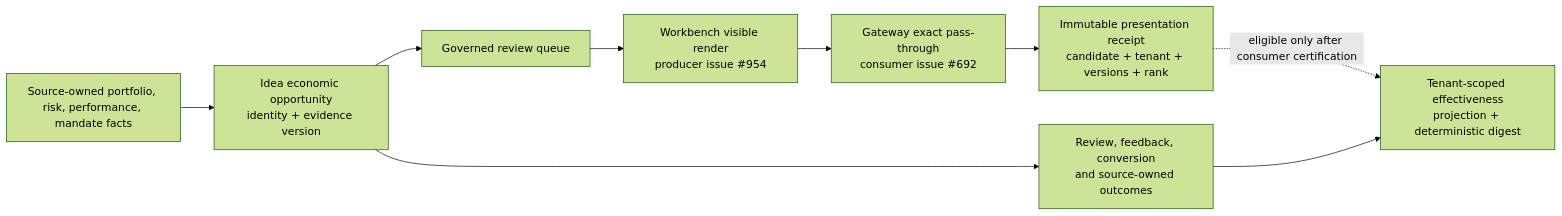
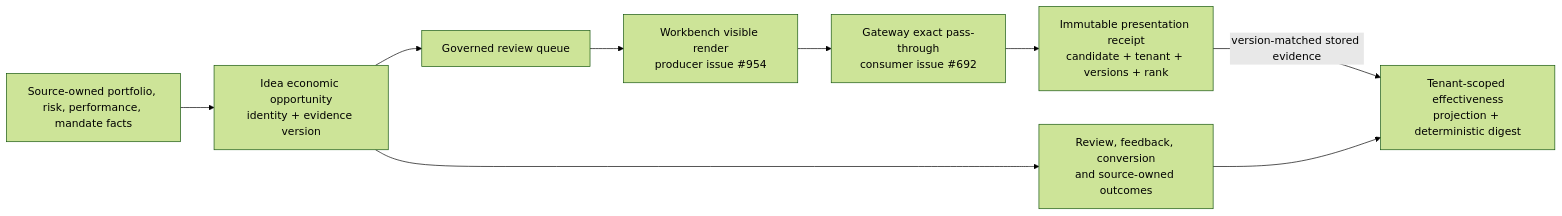
The diagram in docs/operations/opportunity-effectiveness.md (sgajbi/lotus-idea), drawn with Mermaid (forest theme) before and after one commit. The commit also changed other lines of this file and 3 other files, not shown here.

````diff
--- a/docs/operations/opportunity-effectiveness.md
+++ b/docs/operations/opportunity-effectiveness.md
@@ -26,16 +26,16 @@
 ```mermaid
 flowchart LR
     Sources["Source-owned portfolio, risk, performance, mandate facts"]
     Candidate["Idea economic opportunity\nidentity + evidence version"]
     Queue["Governed review queue"]
     Workbench["Workbench visible render\nproducer issue #954"]
     Gateway["Gateway exact pass-through\nconsumer issue #692"]
     Receipt["Immutable presentation receipt\ncandidate + tenant + versions + rank"]
     Review["Review, feedback, conversion\nand source-owned outcomes"]
     Projection["Tenant-scoped effectiveness\nprojection + deterministic digest"]
 
     Sources --> Candidate --> Queue --> Workbench --> Gateway --> Receipt
     Candidate --> Review
-    Receipt -. "eligible only after consumer certification" .-> Projection
+    Receipt -->|"version-matched stored evidence"| Projection
     Review --> Projection
 ```
````
